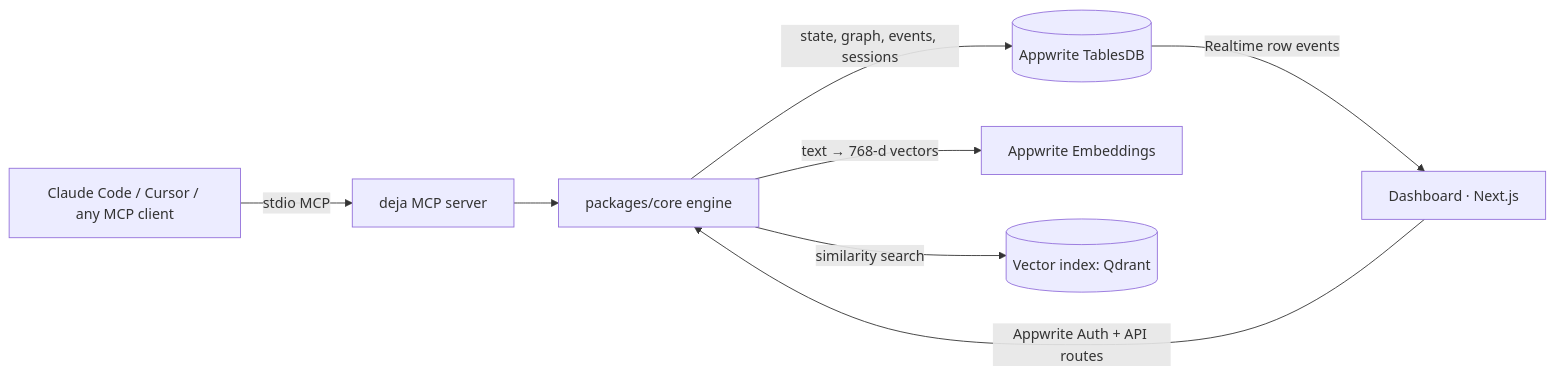
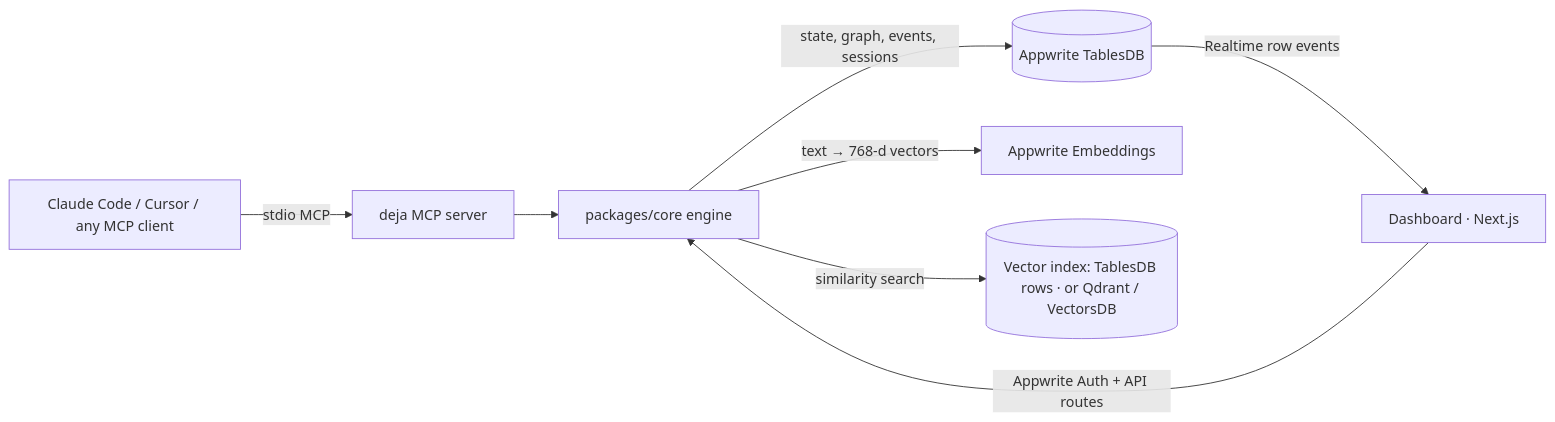
One commit to meanmachine889/Deja changed the diagram in README.md. Above: the diagram before and after it, drawn with Mermaid. The commit also changed other lines of this file and 8 other files, not shown here.

First line of the commit message:
Deployed to Appwrite Sites; tables vector backend is the default (no Docker)

````diff
--- a/README.md
+++ b/README.md
@@ -50,10 +52,10 @@
 ```mermaid
 flowchart LR
   A[Claude Code / Cursor / any MCP client] -- stdio MCP --> M[deja MCP server]
   M --> E[packages/core engine]
   E -- state, graph, events, sessions --> T[(Appwrite TablesDB)]
   E -- text → 768-d vectors --> X[Appwrite Embeddings]
-  E -- similarity search --> Q[(Vector index: Qdrant)]
+  E -- similarity search --> Q[(Vector index: TablesDB rows · or Qdrant / VectorsDB)]
   T -- Realtime row events --> D[Dashboard · Next.js]
   D -- Appwrite Auth + API routes --> E
 ```
````
